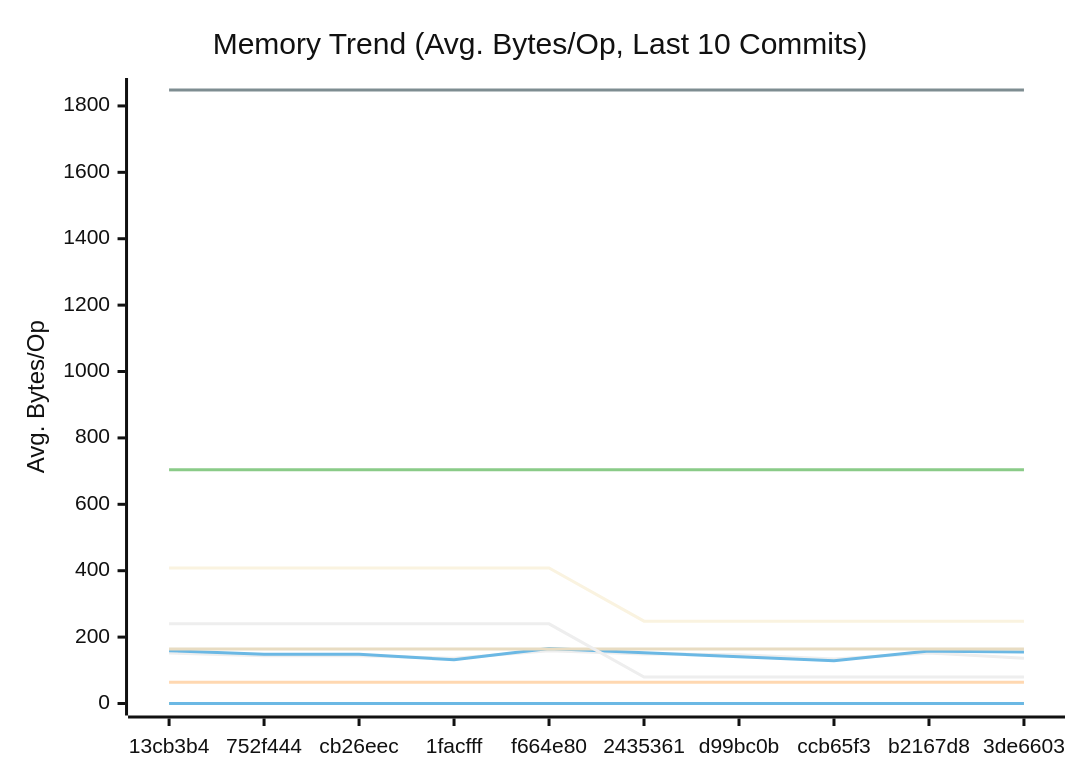
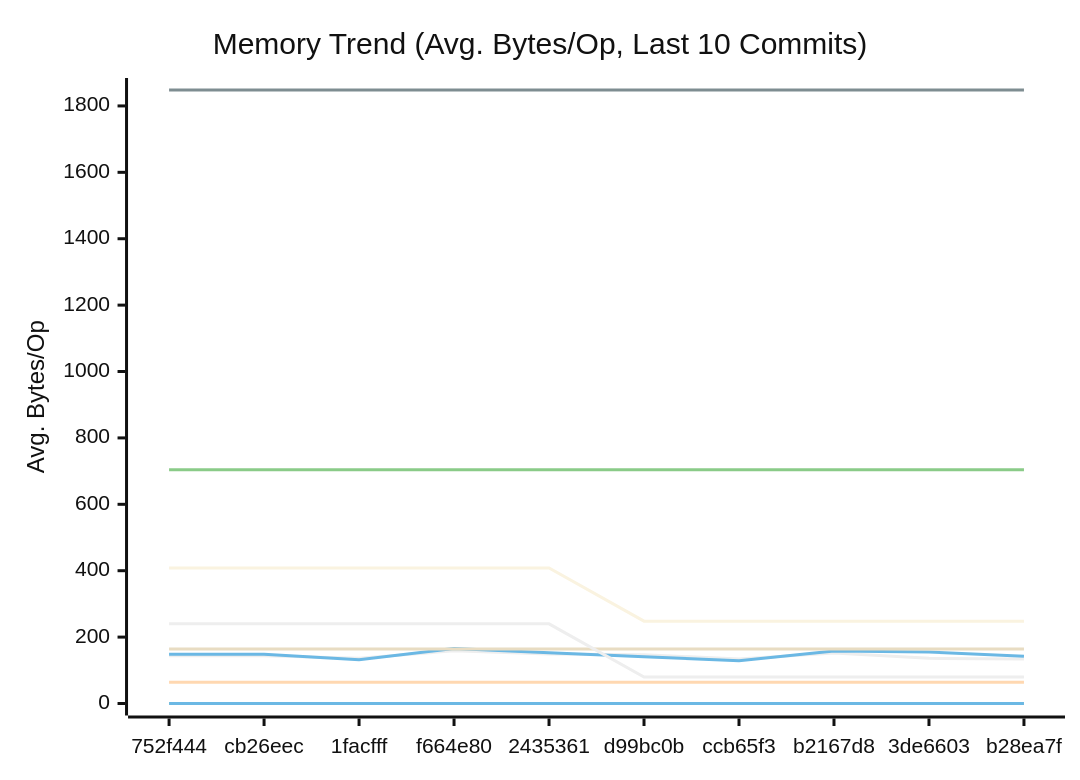
Before and after one commit to alsotoes/momo: the second of 3 diagrams in docs/PERFORMANCE.md, drawn with Mermaid (neutral theme). The commit also changed other lines of this file and 6 other files, not shown here.

````diff
--- a/docs/PERFORMANCE.md
+++ b/docs/PERFORMANCE.md
@@ -171,20 +171,20 @@
 ```mermaid
 xychart-beta
     title "Memory Trend (Avg. Bytes/Op, Last 10 Commits)"
     x-axis "Commit"
     y-axis "Avg. Bytes/Op"
-    x-axis [13cb3b4,752f444,cb26eec,1facfff,f664e80,2435361,d99bc0b,ccb65f3,b2167d8,3de6603]
-    line "AWSChunkedReaderSigned" [152,144,144,136,159,149,147,134,152,136]
-    line "AWSChunkedReaderUnsigned" [159,148,148,132,166,153,141,129,158,155]
+    x-axis [752f444,cb26eec,1facfff,f664e80,2435361,d99bc0b,ccb65f3,b2167d8,3de6603,b28ea7f]
+    line "AWSChunkedReaderSigned" [144,144,136,159,149,147,134,152,136,134]
+    line "AWSChunkedReaderUnsigned" [148,148,132,166,153,141,129,158,155,142]
     line "CheckMetricsAndSwap" [0,0,0,0,0,0,0,0,0,0]
     line "CrushOptimized" [0,0,0,0,0,0,0,0,0,0]
     line "CrushOriginal" [164,164,164,164,164,164,164,164,164,164]
     line "IndexDirectTracking" [0,0,0,0,0,0,0,0,0,0]
     line "IndexSearch" [0,0,0,0,0,0,0,0,0,0]
     line "LoadGlobalConfig" [1848,1848,1848,1848,1848,1848,1848,1848,1848,1848]
     line "PadString" [64,64,64,64,64,64,64,64,64,64]
     line "ParseReplicationOrder_NoPrealloc" [408,408,408,408,408,248,248,248,248,248]
     line "ParseReplicationOrder_Prealloc" [240,240,240,240,240,80,80,80,80,80]
     line "SanitizeLog/Safe" [0,0,0,0,0,0,0,0,0,0]
     line "SanitizeLog/Unsafe" [704,704,704,704,704,704,704,704,704,704]
 ```
````
